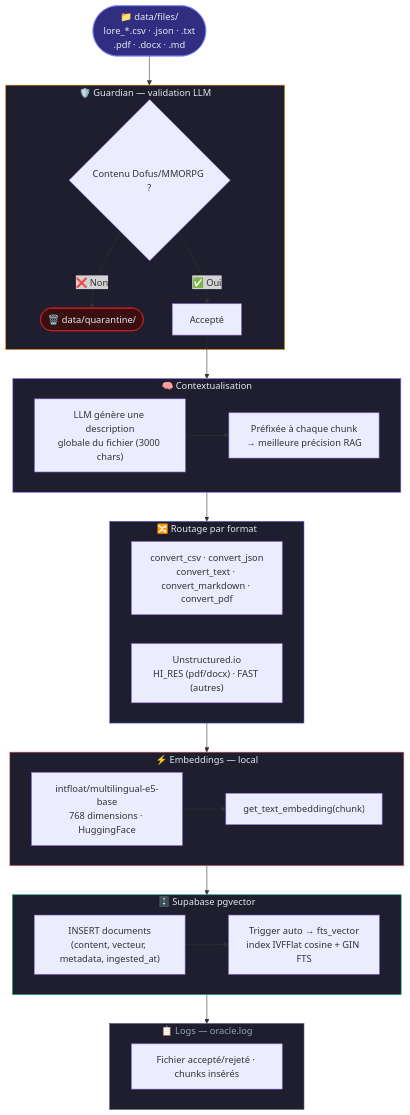
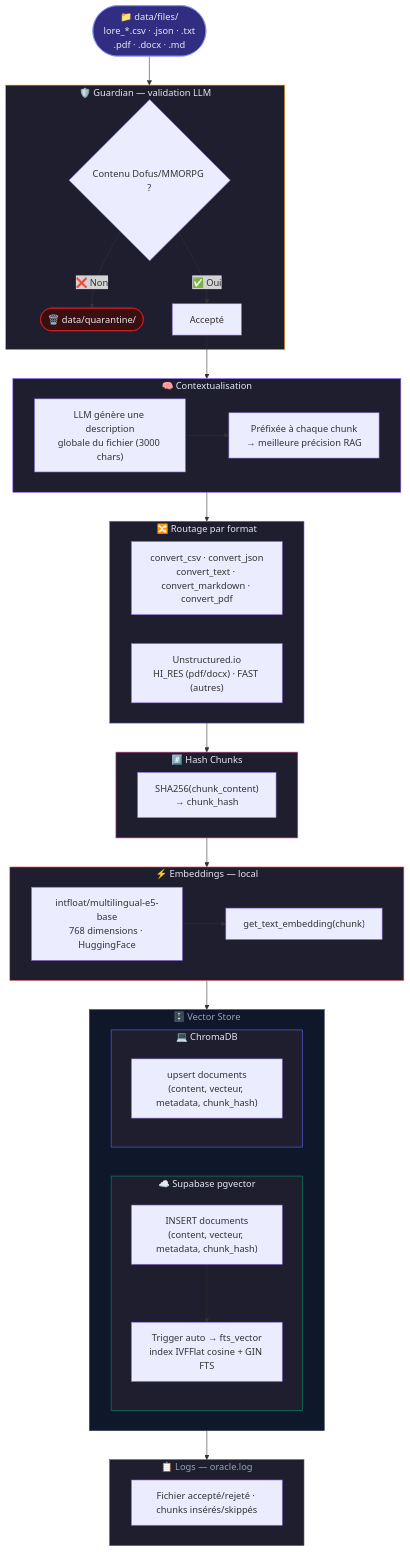
Before and after one commit to dlz-dev/HELMo-ORACLE: the second of 5 diagrams in docs/workflow.md, drawn with Mermaid. The commit also changed other lines of this file and 12 other files, not shown here.

````diff
--- a/docs/workflow.md
+++ b/docs/workflow.md
@@ -44,57 +58,72 @@
 ```mermaid
 flowchart TD
     INPUT([📁 data/files/\nlore_*.csv · .json · .txt\n.pdf · .docx · .md]) --> GUARD
 
     subgraph GUARD ["🛡️ Guardian — validation LLM"]
         G1{"Contenu Dofus/MMORPG ?"}
         G1 -->|"❌ Non"| G2(["🗑️ data/quarantine/"])
         G1 -->|"✅ Oui"| G3["Accepté"]
     end
 
     G3 --> CTX
 
     subgraph CTX ["🧠 Contextualisation"]
         C1["LLM génère une description\nglobale du fichier (3000 chars)"]
         C2["Préfixée à chaque chunk\n→ meilleure précision RAG"]
         C1 --> C2
     end
 
     CTX --> ROUTE
 
     subgraph ROUTE ["🔀 Routage par format"]
         direction LR
         R1["convert_csv · convert_json\nconvert_text · convert_markdown · convert_pdf"]
         R2["Unstructured.io\nHI_RES (pdf/docx) · FAST (autres)"]
     end
 
-    ROUTE --> EMBED
+    ROUTE --> HASH
+
+    subgraph HASH ["#️⃣ Hash Chunks"]
+        H1["SHA256(chunk_content)\n→ chunk_hash"]
+    end
+
+    HASH --> EMBED
 
     subgraph EMBED ["⚡ Embeddings — local"]
         E1["intfloat/multilingual-e5-base\n768 dimensions · HuggingFace"]
         E2["get_text_embedding(chunk)"]
         E1 --> E2
     end
 
     EMBED --> DB
 
-    subgraph DB ["🗄️ Supabase pgvector"]
-        D1["INSERT documents\n(content, vecteur, metadata, ingested_at)"]
-        D2["Trigger auto → fts_vector\nindex IVFFlat cosine + GIN FTS"]
-        D1 --> D2
+    subgraph DB ["🗄️ Vector Store"]
+        direction LR
+        subgraph DB_CLOUD ["☁️ Supabase pgvector"]
+            D1["INSERT documents\n(content, vecteur, metadata, chunk_hash)"]
+            D2["Trigger auto → fts_vector\nindex IVFFlat cosine + GIN FTS"]
+            D1 --> D2
+        end
+        subgraph DB_LOCAL ["💻 ChromaDB"]
+            D3["upsert documents\n(content, vecteur, metadata, chunk_hash)"]
+        end
     end
 
     subgraph LOG ["📋 Logs — oracle.log"]
-        L1["Fichier accepté/rejeté · chunks insérés"]
+        L1["Fichier accepté/rejeté · chunks insérés/skippés"]
     end
 
     DB --> LOG
 
     style GUARD  fill:#1e1e2e,stroke:#f59e0b,color:#e2e8f0
     style CTX    fill:#1e1e2e,stroke:#8b5cf6,color:#e2e8f0
     style ROUTE  fill:#1e1e2e,stroke:#6366f1,color:#e2e8f0
+    style HASH   fill:#1e1e2e,stroke:#ec4899,color:#e2e8f0
     style EMBED  fill:#1e1e2e,stroke:#f87171,color:#e2e8f0
-    style DB     fill:#1e1e2e,stroke:#059669,color:#e2e8f0
+    style DB     fill:#0f172a,stroke:#334155,color:#94a3b8
+    style DB_CLOUD fill:#1e1e2e,stroke:#059669,color:#e2e8f0
+    style DB_LOCAL fill:#1e1e2e,stroke:#6366f1,color:#e2e8f0
     style LOG    fill:#1e1e2e,stroke:#475569,color:#94a3b8
     style INPUT  fill:#312e81,stroke:#818cf8,color:#e2e8f0
     style G2     fill:#3b0f0f,stroke:#dc2626,color:#e2e8f0
 ```
````
